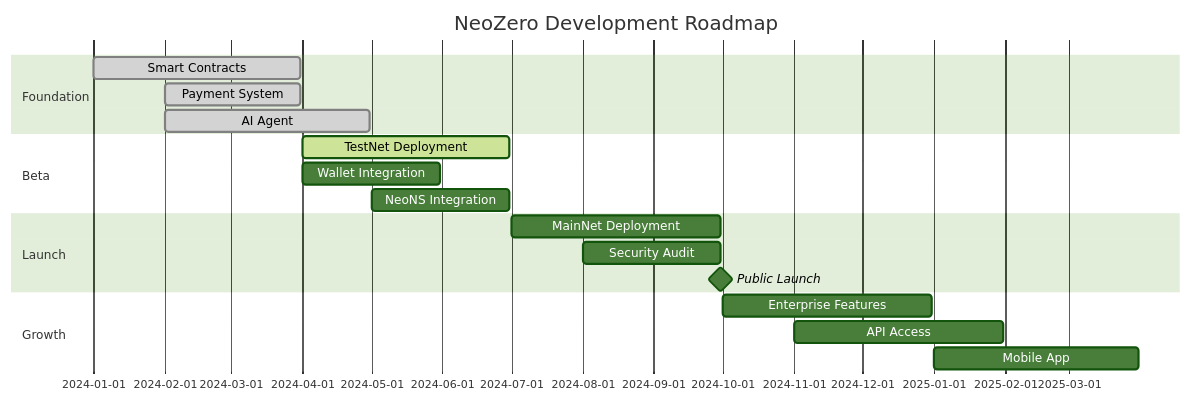
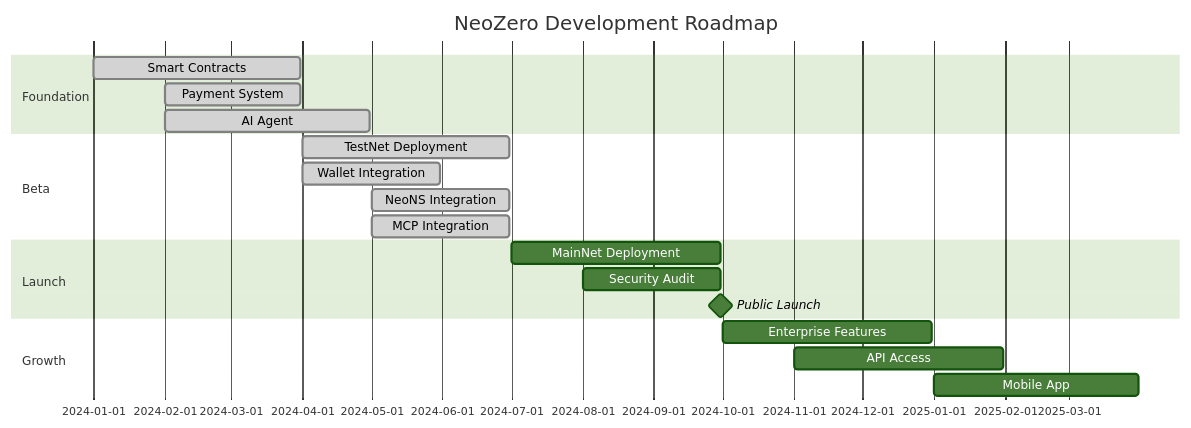
Before and after one commit to UyLeQuoc/neo-spoon-vibe-coding-app: the seventh of 9 diagrams in docs/pitch-deck.md, drawn with Mermaid (forest theme). The commit also changed other lines of this file and 1 other file, not shown here.

First line of the commit message:
feat: update README and pitch deck with new features and integration details

````diff
--- a/docs/pitch-deck.md
+++ b/docs/pitch-deck.md
@@ -391,21 +424,22 @@
 ```mermaid
 gantt
     title NeoZero Development Roadmap
     dateFormat  YYYY-MM-DD
     section Foundation
     Smart Contracts           :done, 2024-01-01, 2024-03-31
     Payment System           :done, 2024-02-01, 2024-03-31
     AI Agent                 :done, 2024-02-01, 2024-04-30
     section Beta
-    TestNet Deployment       :active, 2024-04-01, 2024-06-30
-    Wallet Integration       :2024-04-01, 2024-05-31
-    NeoNS Integration        :2024-05-01, 2024-06-30
+    TestNet Deployment       :done, 2024-04-01, 2024-06-30
+    Wallet Integration       :done, 2024-04-01, 2024-05-31
+    NeoNS Integration        :done, 2024-05-01, 2024-06-30
+    MCP Integration          :done, 2024-05-01, 2024-06-30
     section Launch
     MainNet Deployment       :2024-07-01, 2024-09-30
     Security Audit           :2024-08-01, 2024-09-30
     Public Launch            :milestone, 2024-09-30, 0d
     section Growth
     Enterprise Features      :2024-10-01, 2024-12-31
     API Access              :2024-11-01, 2025-01-31
     Mobile App              :2025-01-01, 2025-03-31
 ```
````
